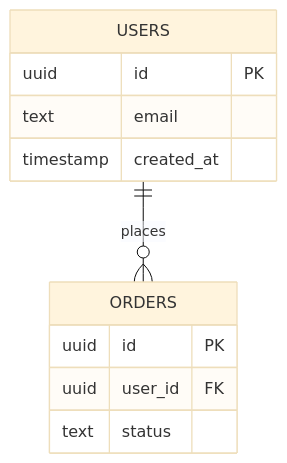
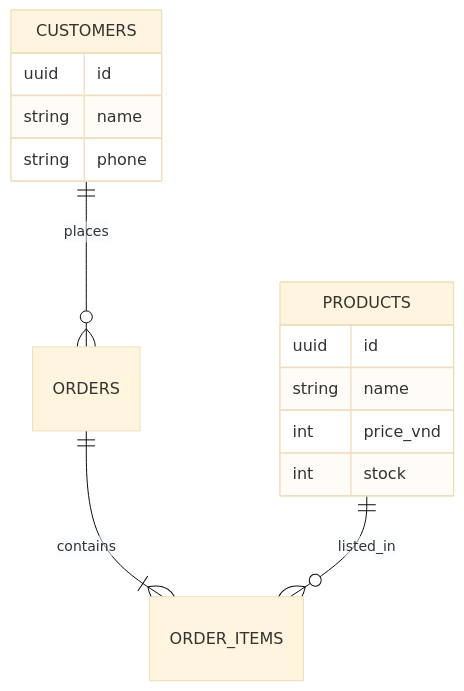
Before and after one commit to nghiahsgs/taw-kit: the second of 2 diagrams in skills/mermaidjs-v11/SKILL.md, drawn with Mermaid (base theme). The commit also changed other lines of this file and 8 other files, not shown here.

````diff
--- a/skills/mermaidjs-v11/SKILL.md
+++ b/skills/mermaidjs-v11/SKILL.md
@@ -68,14 +53,17 @@
 ```mermaid
 erDiagram
-    USERS {
-        uuid id PK
-        text email
-        timestamp created_at
-    }
-    ORDERS {
-        uuid id PK
-        uuid user_id FK
-        text status
-    }
-    USERS ||--o{ ORDERS : places
+  CUSTOMERS ||--o{ ORDERS : places
+  ORDERS ||--|{ ORDER_ITEMS : contains
+  PRODUCTS ||--o{ ORDER_ITEMS : listed_in
+  CUSTOMERS {
+    uuid id
+    string name
+    string phone
+  }
+  PRODUCTS {
+    uuid id
+    string name
+    int price_vnd
+    int stock
+  }
 ```
````
